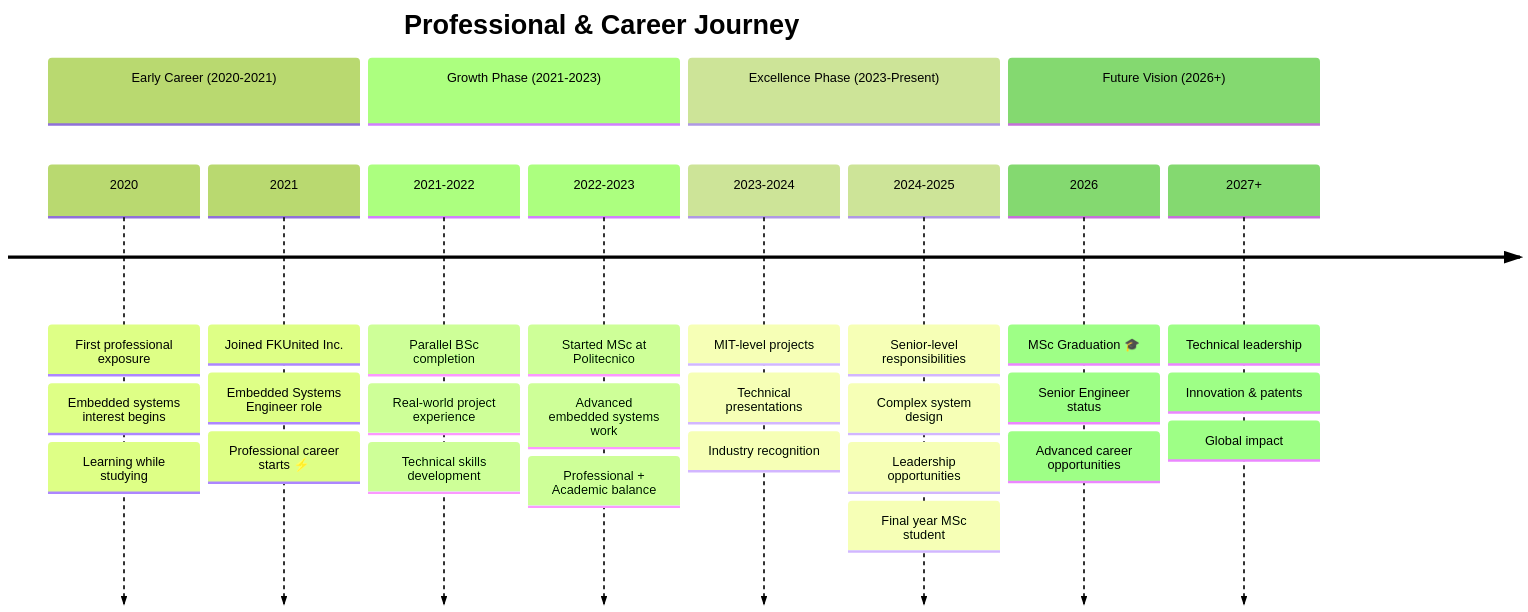
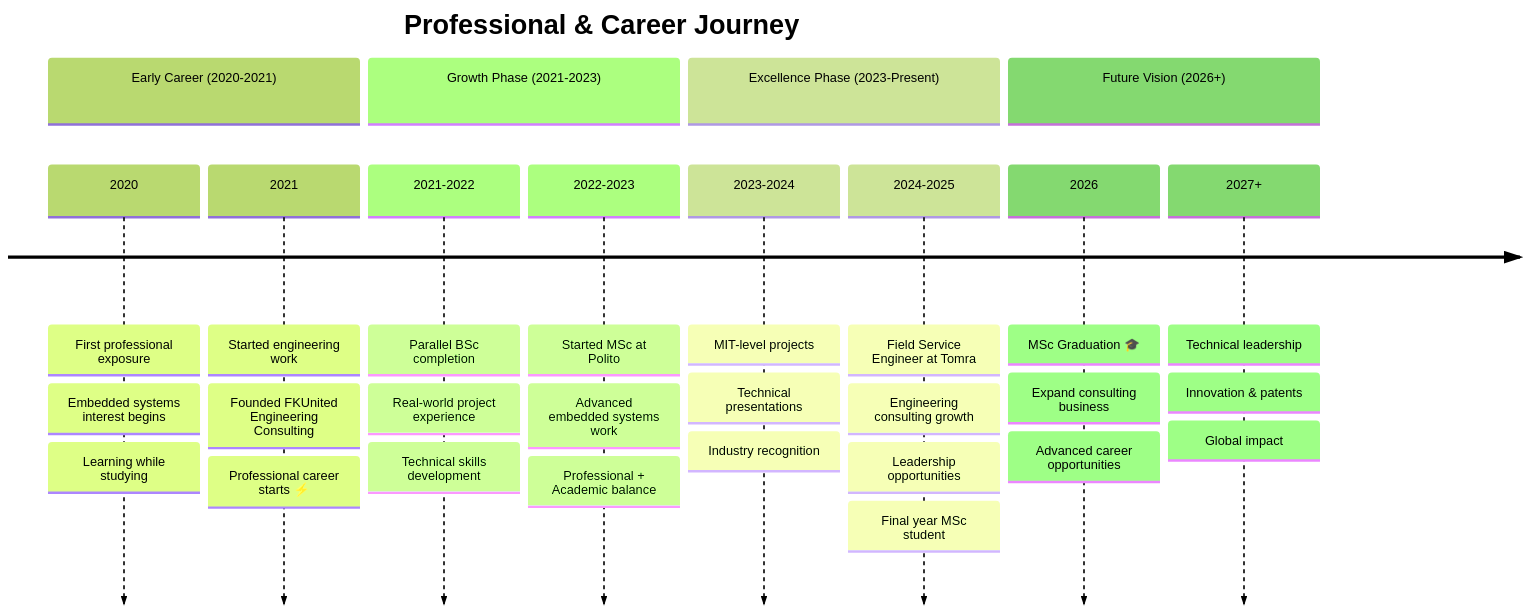
One commit to hamsta25/Himalaya changed the first of 15 diagrams in diagrams/professional-journey.md. Above: the diagram before and after it, drawn with Mermaid (forest theme). The commit also changed other lines of this file and 10 other files, not shown here.

````diff
--- a/diagrams/professional-journey.md
+++ b/diagrams/professional-journey.md
@@ -11,37 +11,37 @@
 ```mermaid
 timeline
     title Professional & Career Journey
     
     section Early Career (2020-2021)
         2020 : First professional exposure
              : Embedded systems interest begins
              : Learning while studying
-        2021 : Joined FKUnited Inc.
-             : Embedded Systems Engineer role
+        2021 : Started engineering work
+             : Founded FKUnited Engineering Consulting
              : Professional career starts ⚡
     
     section Growth Phase (2021-2023)
         2021-2022 : Parallel BSc completion
                   : Real-world project experience
                   : Technical skills development
-        2022-2023 : Started MSc at Politecnico
+        2022-2023 : Started MSc at Polito
                   : Advanced embedded systems work
                   : Professional + Academic balance
     
     section Excellence Phase (2023-Present)
         2023-2024 : MIT-level projects
                   : Technical presentations
                   : Industry recognition
-        2024-2025 : Senior-level responsibilities
-                  : Complex system design
+        2024-2025 : Field Service Engineer at Tomra
+                  : Engineering consulting growth
                   : Leadership opportunities
                   : Final year MSc student
     
     section Future Vision (2026+)
         2026 : MSc Graduation 🎓
-             : Senior Engineer status
+             : Expand consulting business
              : Advanced career opportunities
         2027+ : Technical leadership
               : Innovation & patents
               : Global impact
 ```
````
